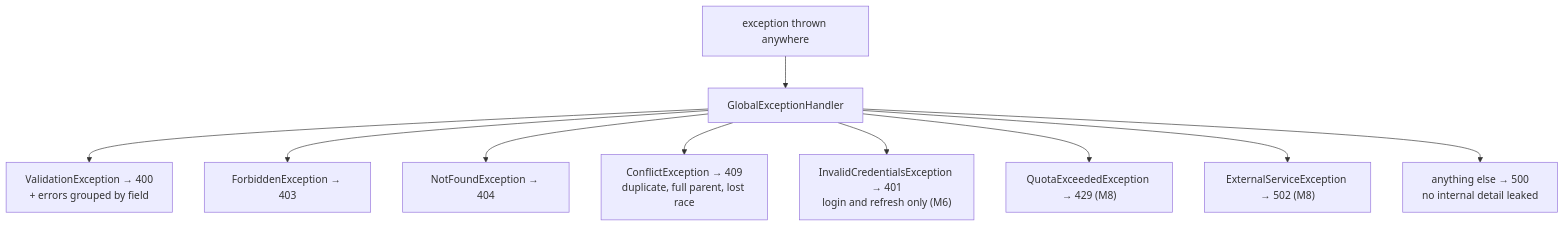
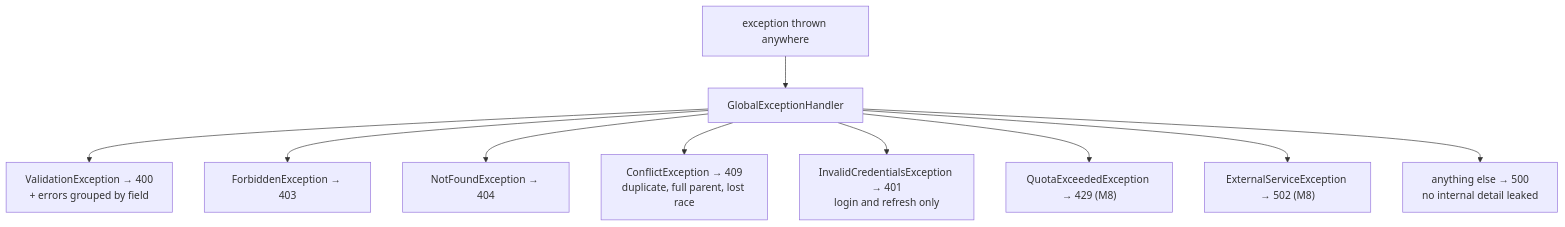
Before and after one commit to alamr-nawaf/StudyHub: the sixth of 8 diagrams in docs/ARCHITECTURE.md, drawn with Mermaid. The commit also changed other lines of this file and 40 other files, not shown here.

````diff
--- a/docs/ARCHITECTURE.md
+++ b/docs/ARCHITECTURE.md
@@ -323,12 +323,12 @@
 ```mermaid
 graph TD
     E["exception thrown anywhere"] --> G["GlobalExceptionHandler"]
     G --> V["ValidationException → 400<br/>+ errors grouped by field"]
     G --> F["ForbiddenException → 403"]
     G --> N["NotFoundException → 404"]
     G --> C["ConflictException → 409<br/>duplicate, full parent, lost race"]
-    G --> I["InvalidCredentialsException → 401<br/>login and refresh only (M6)"]
+    G --> I["InvalidCredentialsException → 401<br/>login and refresh only"]
     G --> Q["QuotaExceededException → 429 (M8)"]
     G --> X["ExternalServiceException → 502 (M8)"]
     G --> S["anything else → 500<br/>no internal detail leaked"]
 ```
````
